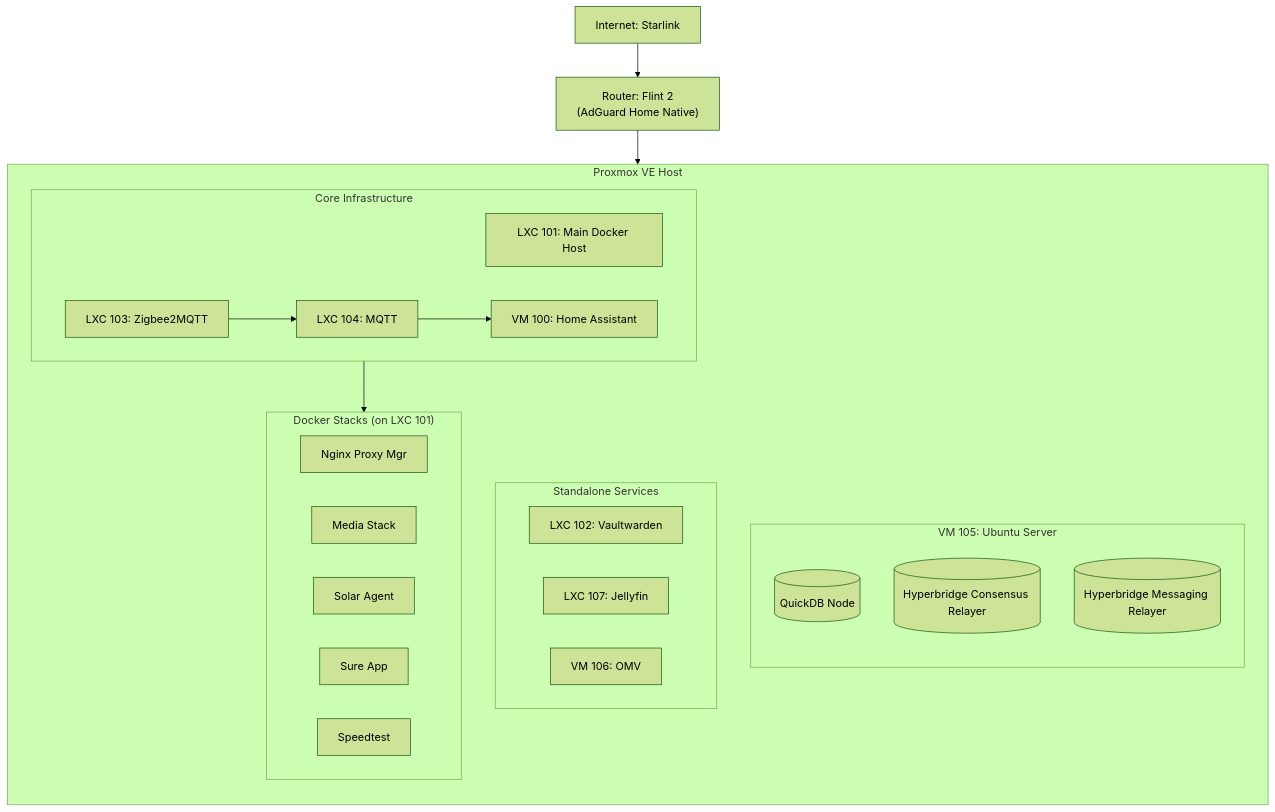
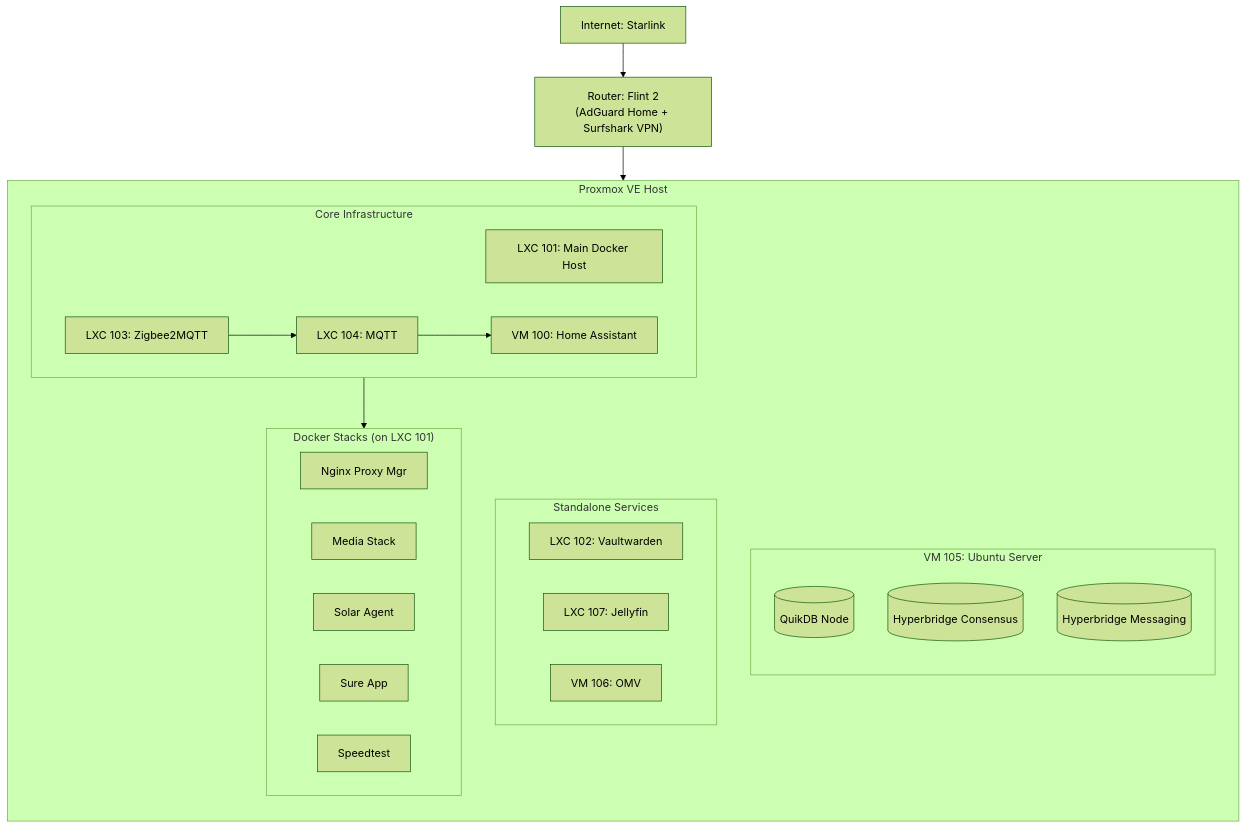
Before and after one commit to LifeofDan-EL/homelab: the diagram in README.md, drawn with Mermaid (forest theme). The commit also changed other lines of this file and 1 other file, not shown here.

````diff
--- a/README.md
+++ b/README.md
@@ -40,48 +41,48 @@
 ```mermaid
 graph TD
-    Internet["Internet: Starlink"] --> Router["Router: Flint 2<br/>(AdGuard Home Native)"]
+    Internet["Internet: Starlink"] --> Router["Router: Flint 2<br/>(AdGuard Home + Surfshark VPN)"]
 
     subgraph Proxmox_Node ["Proxmox VE Host"]
         direction TB
 
         %% Core Infrastructure
         subgraph Core_Infra ["Core Infrastructure"]
             direction LR
             LXC_Docker["LXC 101: Main Docker Host"]
             VM_HA["VM 100: Home Assistant"]
             LXC_MQTT["LXC 104: MQTT"]
             LXC_Z2M["LXC 103: Zigbee2MQTT"]
         end
 
         %% Secondary Docker Host (Ubuntu VM)
-        subgraph VM_Ubuntu ["VM 105: Ubuntu Server"]
+subgraph VM_Ubuntu ["VM 105: Ubuntu Server"]
             direction TB
-            Container_QuickDB[("QuickDB Node")]
-            Container_Consensus[("Hyperbridge Consensus Relayer")]
-            Container_Messaging[(" Hyperbridge Messaging Relayer")]
+            Container_QuikDB[("QuikDB Node")]
+            Container_Consensus[("Hyperbridge Consensus")]
+            Container_Messaging[("Hyperbridge Messaging")]
         end
 
         %% Standalone Services
         subgraph Standalone ["Standalone Services"]
             LXC_Vault["LXC 102: Vaultwarden"]
             LXC_Jelly["LXC 107: Jellyfin"]
             VM_OMV["VM 106: OMV"]
         end
 
         %% Main Docker Stacks
         subgraph Docker_Stacks ["Docker Stacks (on LXC 101)"]
             Stack_NPM["Nginx Proxy Mgr"]
             Stack_Media["Media Stack"]
             Stack_Solar["Solar Agent"]
             Stack_Sure["Sure App"]
             Stack_Speed["Speedtest"]
         end
 
         %% Connections
         LXC_Docker --> Docker_Stacks
         LXC_Z2M --> LXC_MQTT
         LXC_MQTT --> VM_HA
     end
 
     Router --> Proxmox_Node
 ```
````
